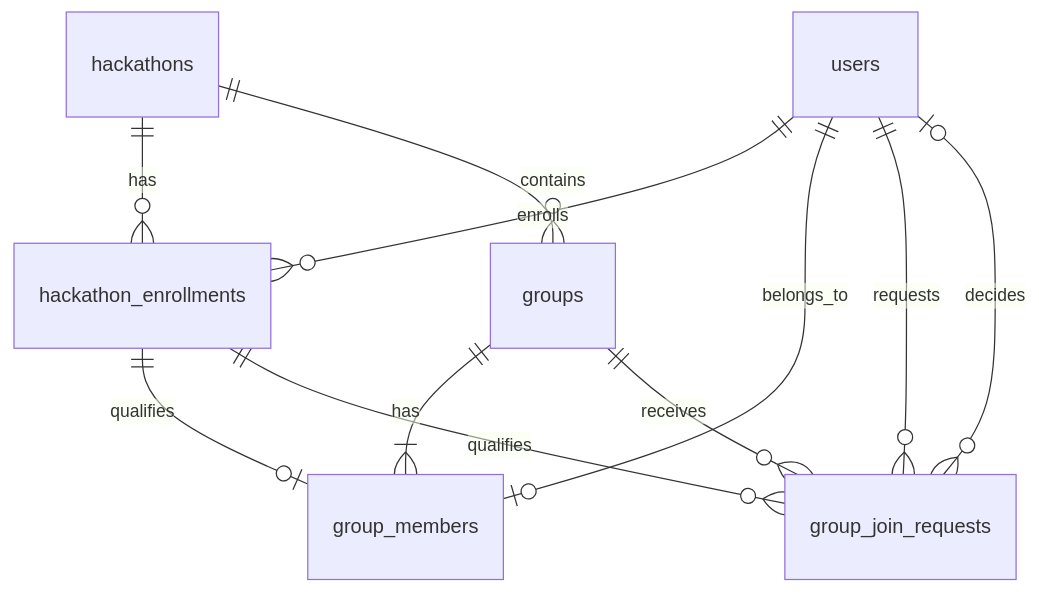
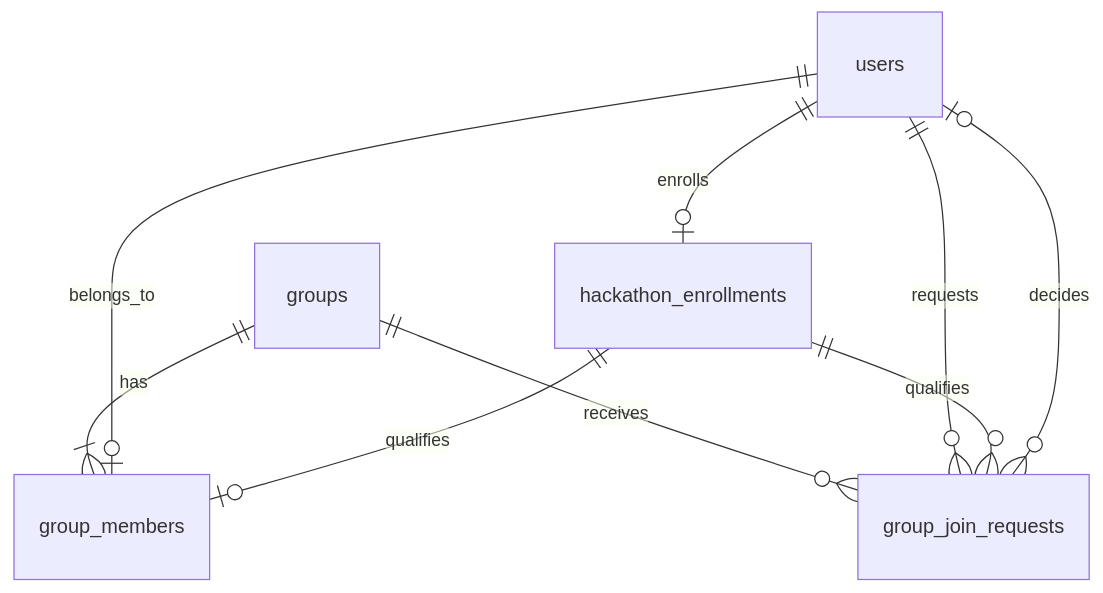
The diagram in docs/database/planning.md (techstartucalgary/Tech-Start-Hackathon-2026), drawn with Mermaid before and after one commit. The commit also changed other lines of this file, not shown here.

Commit message:
SCRUM-11: Simplify documentation for one hackathon

````diff
--- a/docs/database/planning.md
+++ b/docs/database/planning.md
@@ -123,13 +114,11 @@
 ```mermaid
 erDiagram
-    users ||--o{ hackathon_enrollments : enrolls
-    hackathons ||--o{ hackathon_enrollments : has
-    hackathons ||--o{ groups : contains
+    users ||--o| hackathon_enrollments : enrolls
     groups ||--|{ group_members : has
     users ||--o| group_members : belongs_to
     hackathon_enrollments ||--o| group_members : qualifies
     groups ||--o{ group_join_requests : receives
     users ||--o{ group_join_requests : requests
     hackathon_enrollments ||--o{ group_join_requests : qualifies
     users o|--o{ group_join_requests : decides
 ```
````
